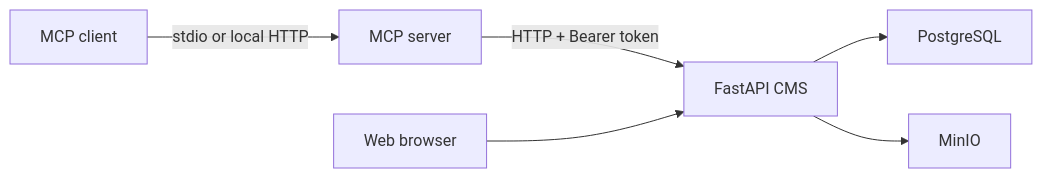
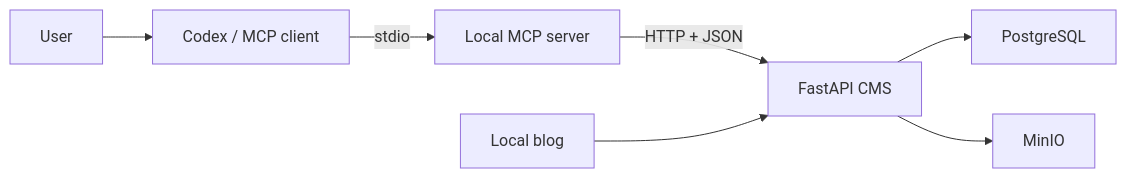
One commit to jawad-elkharrati/local-cms-mcp-sandbox changed the diagram in README.md. Above: the diagram before and after it, drawn with Mermaid. The commit also changed other lines of this file and 4 other files, not shown here.

````diff
--- a/README.md
+++ b/README.md
@@ -20,8 +22,9 @@
 ```mermaid
 flowchart LR
-  Client["MCP client"] -->|"stdio or local HTTP"| MCP["MCP server"]
-  MCP -->|"HTTP + Bearer token"| API["FastAPI CMS"]
-  Browser["Web browser"] --> API
-  API --> PG["PostgreSQL"]
-  API --> MinIO["MinIO"]
+    User["User"] --> Codex["Codex / MCP client"]
+    Codex -->|"stdio"| MCP["Local MCP server"]
+    MCP -->|"HTTP + JSON"| API["FastAPI CMS"]
+    API --> PG["PostgreSQL"]
+    API --> MinIO["MinIO"]
+    Browser["Local blog"] --> API
 ```
````
